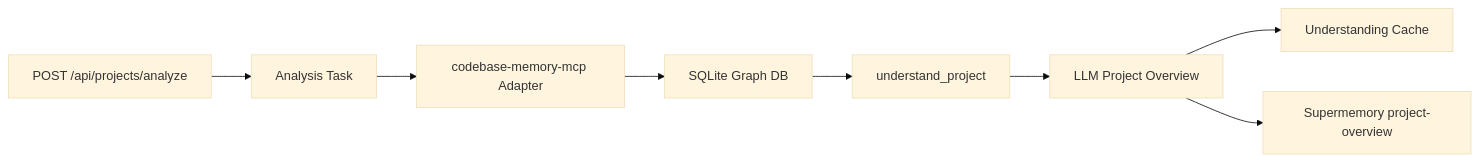
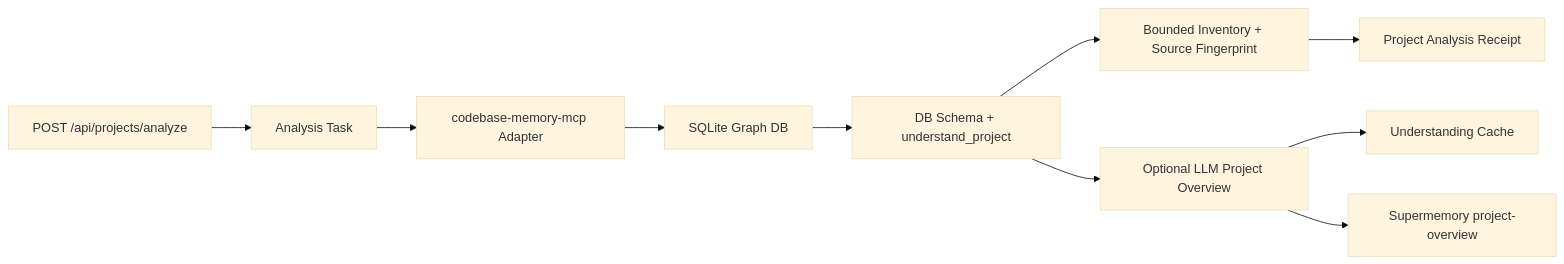
The third of 4 diagrams in 系统架构设计.md (Mowen559/superagent), drawn with Mermaid (base theme) before and after one commit. The commit also changed other lines of this file and 637 other files, not shown here.

Commit message:
refactor: promote hub-rs to repository root and unify architecture

````diff
--- a/系统架构设计.md
+++ b/系统架构设计.md
@@ -178,10 +192,12 @@
 ```mermaid
 flowchart LR
     A["POST /api/projects/analyze"] --> B["Analysis Task"]
     B --> C["codebase-memory-mcp Adapter"]
     C --> D["SQLite Graph DB"]
-    D --> E["understand_project"]
-    E --> F["LLM Project Overview"]
-    F --> G["Understanding Cache"]
-    F --> H["Supermemory project-overview"]
+    D --> E["DB Schema + understand_project"]
+    E --> F["Bounded Inventory + Source Fingerprint"]
+    F --> G["Project Analysis Receipt"]
+    E --> H["Optional LLM Project Overview"]
+    H --> I["Understanding Cache"]
+    H --> J["Supermemory project-overview"]
 ```
````
